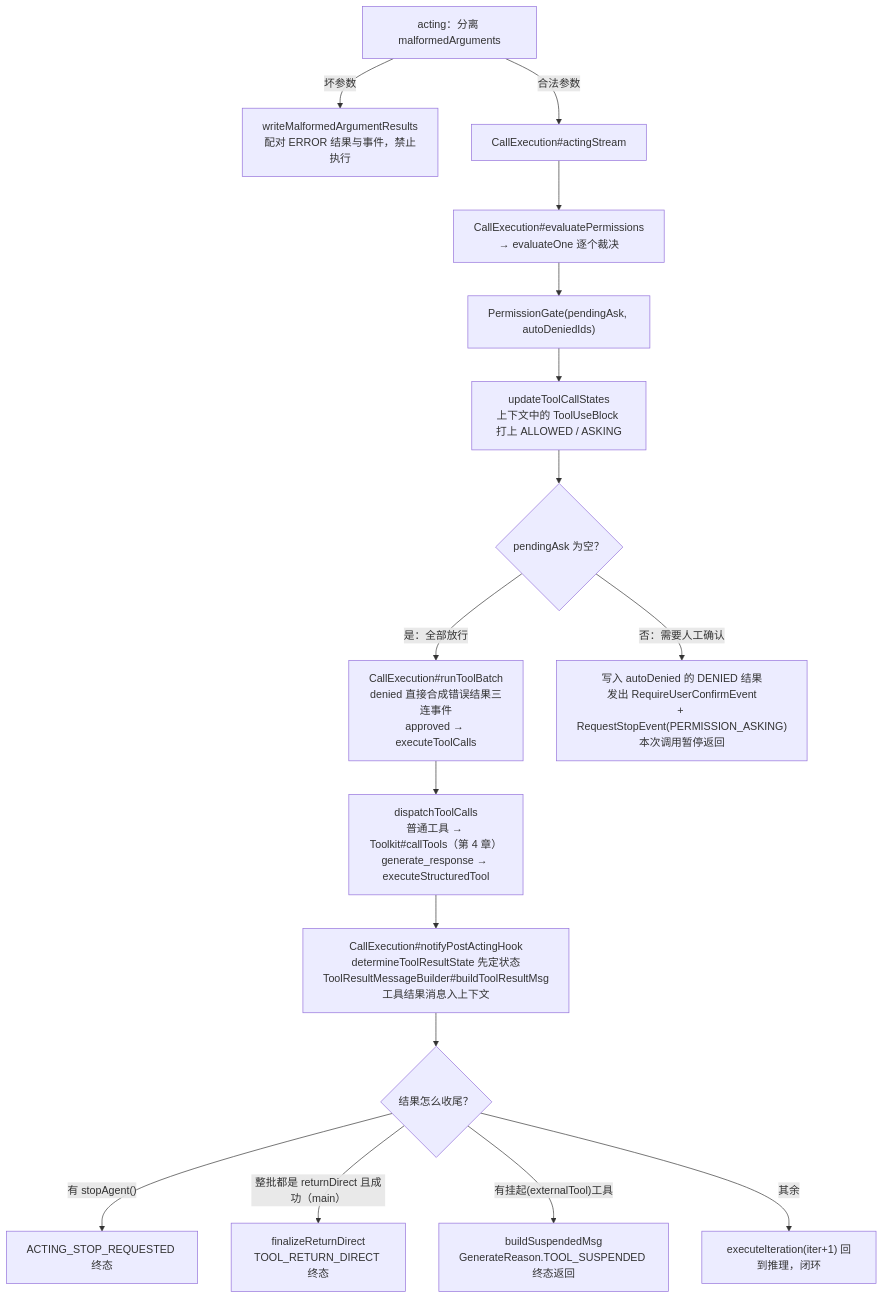
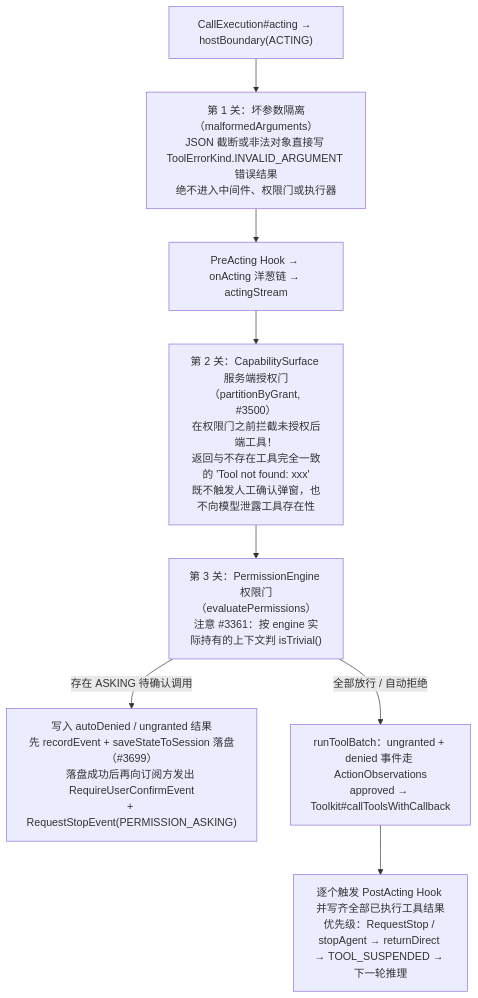
One commit to liulangjietou/AgentScope-source-analysis changed the fourth of 4 diagrams in 03-ReAct主循环.md. Above: the diagram before and after it, drawn with Mermaid. The commit also changed other lines of this file and 14 other files, not shown here.

````diff
--- a/03-ReAct主循环.md
+++ b/03-ReAct主循环.md
@@ -230,18 +143,10 @@
 ```mermaid
 flowchart TB
-    ARGS["acting：分离 malformedArguments"] -->|坏参数| BAD["writeMalformedArgumentResults<br/>配对 ERROR 结果与事件，禁止执行"]
-    ARGS -->|合法参数| START["CallExecution#actingStream"]
-    START --> EVAL["CallExecution#evaluatePermissions<br/>→ evaluateOne 逐个裁决"]
-    EVAL --> GATE["PermissionGate(pendingAsk, autoDeniedIds)"]
-    GATE --> UPD["updateToolCallStates<br/>上下文中的 ToolUseBlock 打上 ALLOWED / ASKING"]
-    UPD --> Q{"pendingAsk 为空？"}
-    Q -->|"是：全部放行"| RUN["CallExecution#runToolBatch<br/>denied 直接合成错误结果三连事件<br/>approved → executeToolCalls"]
-    Q -->|"否：需要人工确认"| ASK["写入 autoDenied 的 DENIED 结果<br/>发出 RequireUserConfirmEvent<br/>+ RequestStopEvent(PERMISSION_ASKING)<br/>本次调用暂停返回"]
-    RUN --> DISPATCH["dispatchToolCalls<br/>普通工具 → Toolkit#callTools（第 4 章）<br/>generate_response → executeStructuredTool"]
-    DISPATCH --> POST["CallExecution#notifyPostActingHook<br/>determineToolResultState 先定状态<br/>ToolResultMessageBuilder#buildToolResultMsg<br/>工具结果消息入上下文"]
-    POST --> NEXT{"结果怎么收尾？"}
-    NEXT -->|"有 stopAgent()"| STOP["ACTING_STOP_REQUESTED 终态"]
-    NEXT -->|"整批都是 returnDirect 且成功（main）"| RD["finalizeReturnDirect<br/>TOOL_RETURN_DIRECT 终态"]
-    NEXT -->|"有挂起(externalTool)工具"| SUSP["buildSuspendedMsg<br/>GenerateReason.TOOL_SUSPENDED 终态返回"]
-    NEXT -->|"其余"| ITER["executeIteration(iter+1) 回到推理，闭环"]
+    ACT["CallExecution#acting → hostBoundary(ACTING)"] --> G1["第 1 关：坏参数隔离（malformedArguments）<br/>JSON 截断或非法对象直接写 ToolErrorKind.INVALID_ARGUMENT 错误结果<br/>绝不进入中间件、权限门或执行器"]
+    G1 --> MW["PreActing Hook → onActing 洋葱链 → actingStream"]
+    MW --> G2["第 2 关：CapabilitySurface 服务端授权门（partitionByGrant, #3500）<br/>在权限门之前拦截未授权后端工具！<br/>返回与不存在工具完全一致的 'Tool not found: xxx'<br/>既不触发人工确认弹窗，也不向模型泄露工具存在性"]
+    G2 --> G3["第 3 关：PermissionEngine 权限门（evaluatePermissions）<br/>注意 #3361：按 engine 实际持有的上下文判 isTrivial()"]
+    G3 -->|"存在 ASKING 待确认调用"| HITL["写入 autoDenied / ungranted 结果<br/>先 recordEvent + saveStateToSession 落盘（#3699）<br/>落盘成功后再向订阅方发出 RequireUserConfirmEvent<br/>+ RequestStopEvent(PERMISSION_ASKING)"]
+    G3 -->|"全部放行 / 自动拒绝"| RUN["runToolBatch：ungranted + denied 事件走 ActionObservations<br/>approved → Toolkit#callToolsWithCallback"]
+    RUN --> TAIL["逐个触发 PostActing Hook 并写齐全部已执行工具结果<br/>优先级：RequestStop / stopAgent → returnDirect → TOOL_SUSPENDED → 下一轮推理"]
 ```
````
